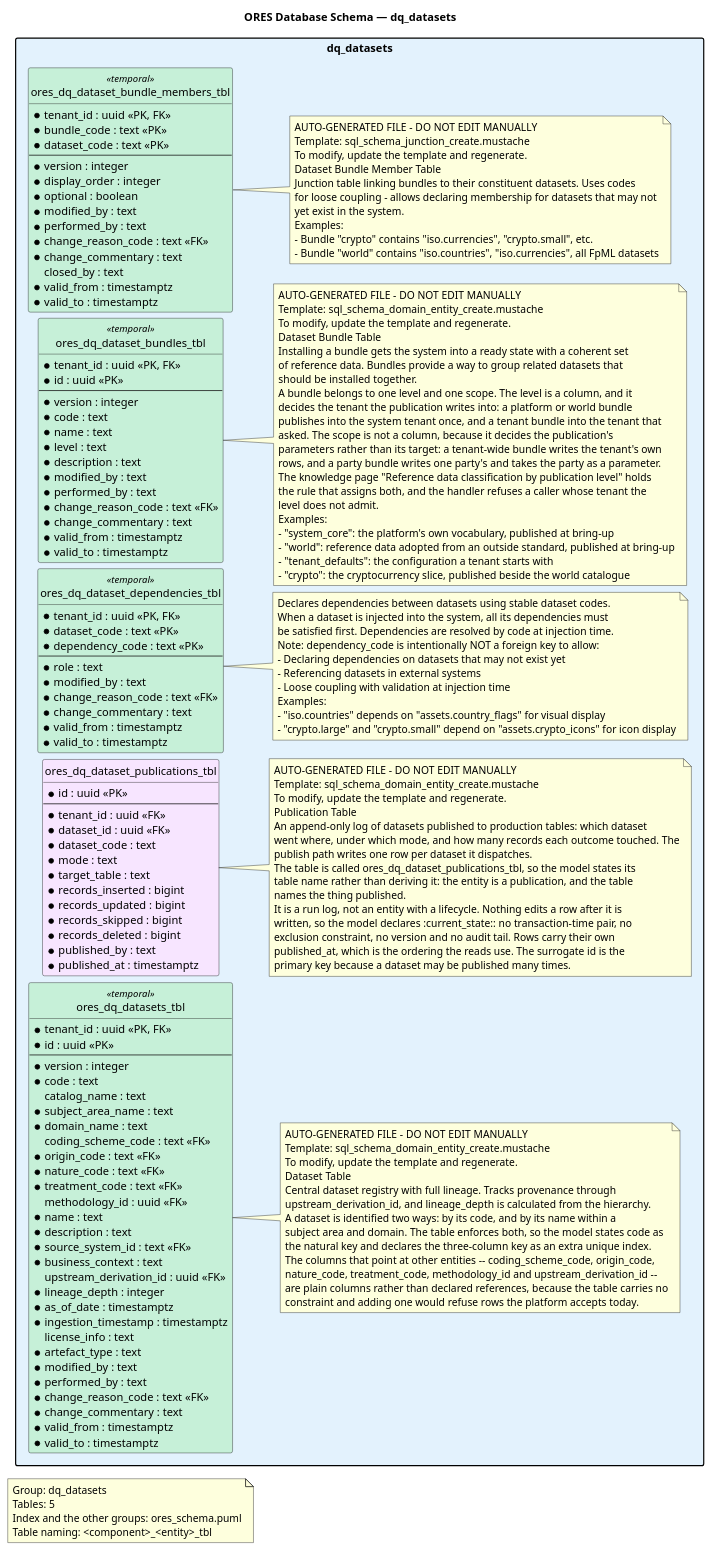
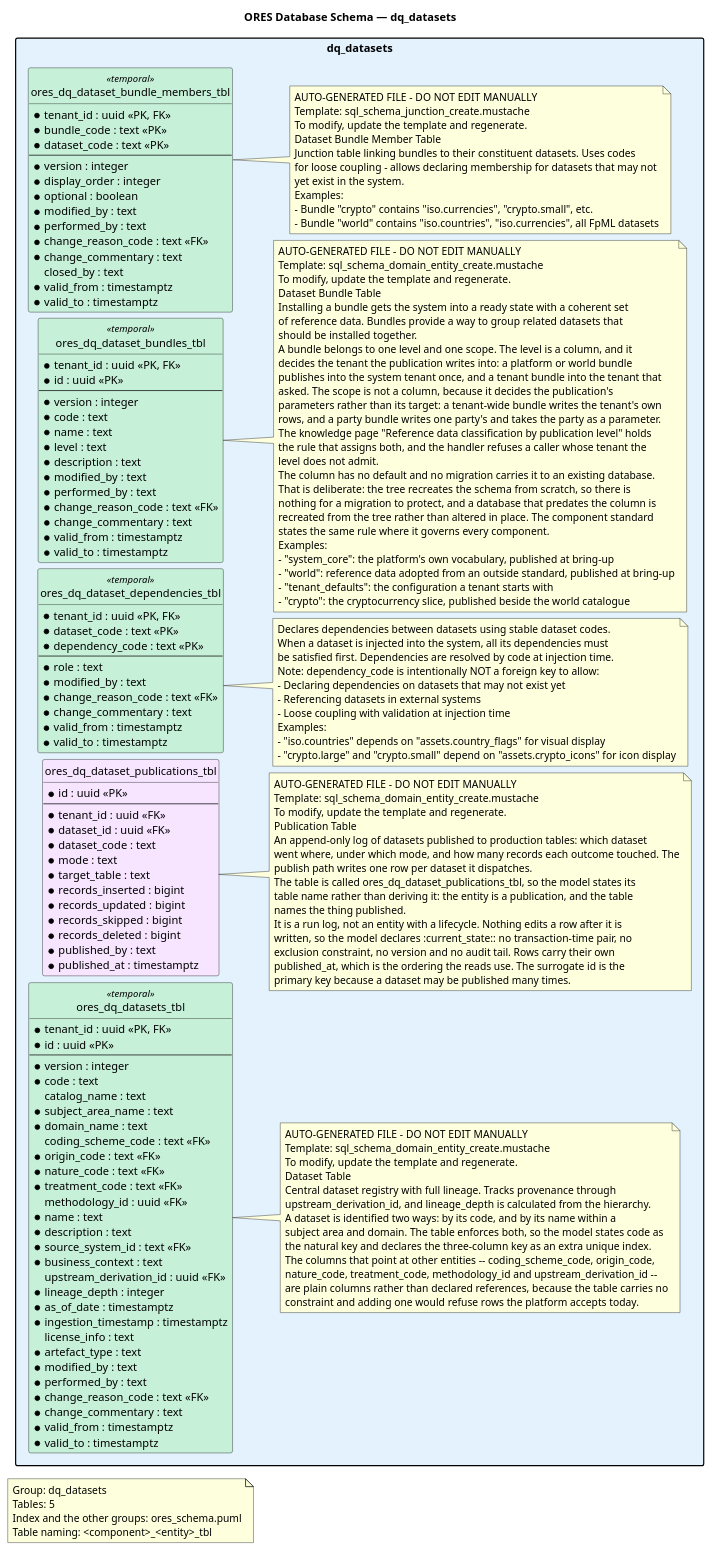
The diagram in projects/ores.sql/modeling/ores_schema.dq_datasets.puml (OreStudio/OreStudio), drawn with PlantUML before and after one commit. The commit also changed 3 other files, not shown here.

First line of the commit message:
[dq] Say that the level column arrives with a recreate, not a migration

```diff
--- a/projects/ores.sql/modeling/ores_schema.dq_datasets.puml
+++ b/projects/ores.sql/modeling/ores_schema.dq_datasets.puml
@@ -105,6 +105,11 @@
     The knowledge page "Reference data classification by publication level" holds
     the rule that assigns both, and the handler refuses a caller whose tenant the
     level does not admit.
+    The column has no default and no migration carries it to an existing database.
+    That is deliberate: the tree recreates the schema from scratch, so there is
+    nothing for a migration to protect, and a database that predates the column is
+    recreated from the tree rather than altered in place. The component standard
+    states the same rule where it governs every component.
     Examples:
     - "system_core": the platform's own vocabulary, published at bring-up
     - "world": reference data adopted from an outside standard, published at bring-up
```
